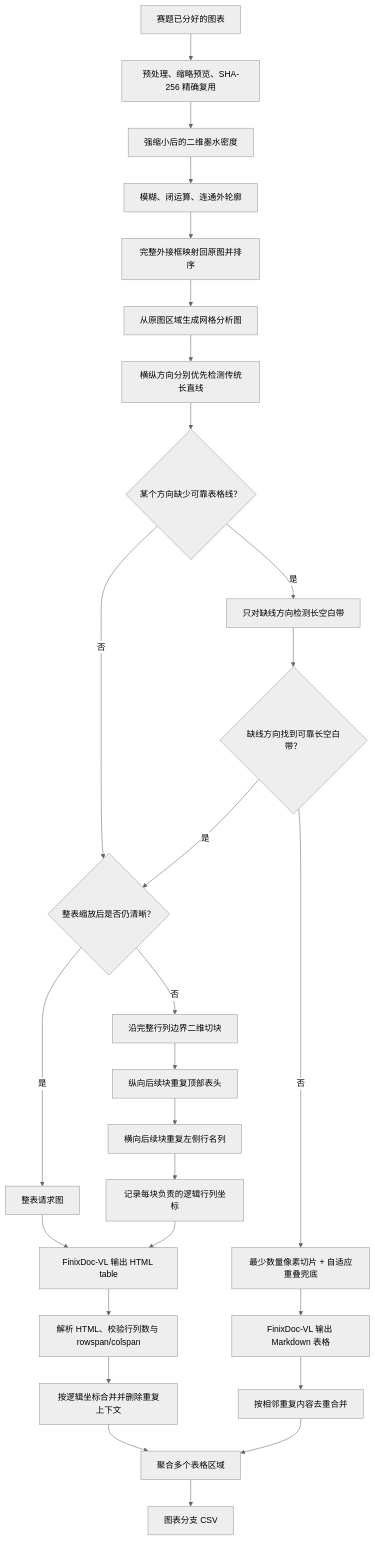
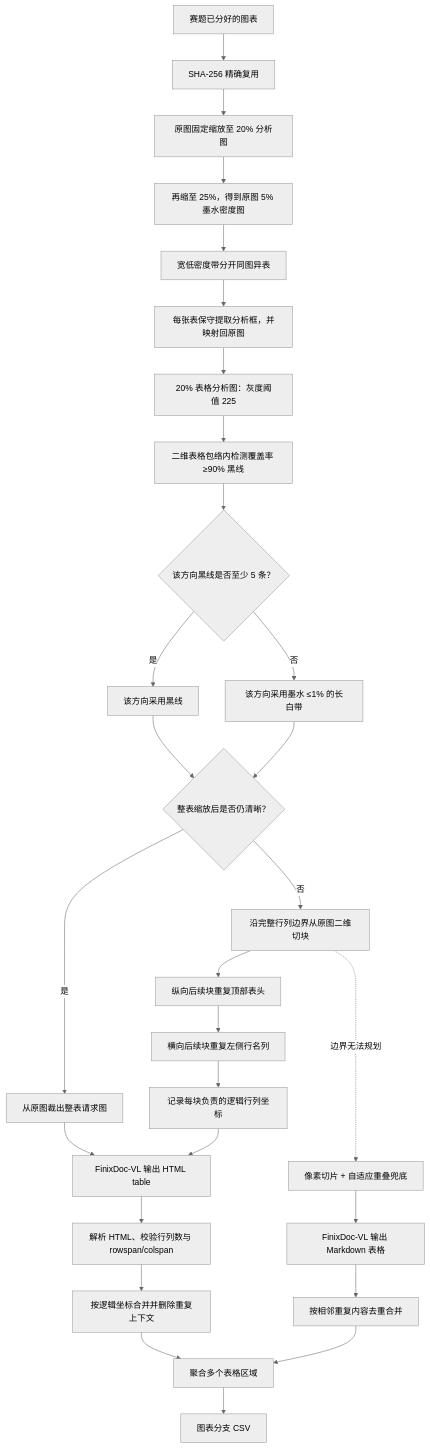
One commit to AAAXXS-0/CAFA6202 changed the diagram in afac_pipeline/table/README.md. Above: the diagram before and after it, drawn with Mermaid (neutral theme). The commit also changed other lines of this file and 5 other files, not shown here.

````diff
--- a/afac_pipeline/table/README.md
+++ b/afac_pipeline/table/README.md
@@ -5,30 +6,31 @@
 ```mermaid
 flowchart TD
-    A["赛题已分好的图表"] --> B["预处理、缩略预览、SHA-256 精确复用"]
-    B --> C["强缩小后的二维墨水密度"]
-    C --> D["模糊、闭运算、连通外轮廓"]
-    D --> E["完整外接框映射回原图并排序"]
-    E --> F["从原图区域生成网格分析图"]
-    F --> G["横纵方向分别优先检测传统长直线"]
-    G --> H{"某个方向缺少可靠表格线？"}
-    H -- "是" --> W["只对缺线方向检测长空白带"]
-    H -- "否" --> I{"整表缩放后是否仍清晰？"}
-    W --> V{"缺线方向找到可靠长空白带？"}
-    V -- "是" --> I
-    V -- "否" --> N
-    I -- "是" --> X["整表请求图"]
-    I -- "否" --> J["沿完整行列边界二维切块"]
+    A["赛题已分好的图表"] --> B["SHA-256 精确复用"]
+    B --> C["原图固定缩放至 20% 分析图"]
+    C --> D["再缩至 25%，得到原图 5% 墨水密度图"]
+    D --> E["宽低密度带分开同图异表"]
+    E --> F["每张表保守提取分析框，并映射回原图"]
+    F --> G["20% 表格分析图：灰度阈值 225"]
+    G --> H["二维表格包络内检测覆盖率 ≥90% 黑线"]
+    H --> V{"该方向黑线是否至少 5 条？"}
+    V -- "是" --> I["该方向采用黑线"]
+    V -- "否" --> W["该方向采用墨水 ≤1% 的长白带"]
+    I --> X{"整表缩放后是否仍清晰？"}
+    W --> X
+    X -- "是" --> Y["从原图裁出整表请求图"]
+    X -- "否" --> J["沿完整行列边界从原图二维切块"]
     J --> K["纵向后续块重复顶部表头"]
+    J -. "边界无法规划" .-> N
     K --> L["横向后续块重复左侧行名列"]
     L --> M["记录每块负责的逻辑行列坐标"]
-    N["最少数量像素切片 + 自适应重叠兜底"]
-    X --> O["FinixDoc-VL 输出 HTML table"]
+    N["像素切片 + 自适应重叠兜底"]
+    Y --> O["FinixDoc-VL 输出 HTML table"]
     M --> O
     N --> P["FinixDoc-VL 输出 Markdown 表格"]
     O --> Q["解析 HTML、校验行列数与 rowspan/colspan"]
     Q --> R["按逻辑坐标合并并删除重复上下文"]
     P --> S["按相邻重复内容去重合并"]
     R --> T["聚合多个表格区域"]
     S --> T
     T --> U["图表分支 CSV"]
 ```
````
